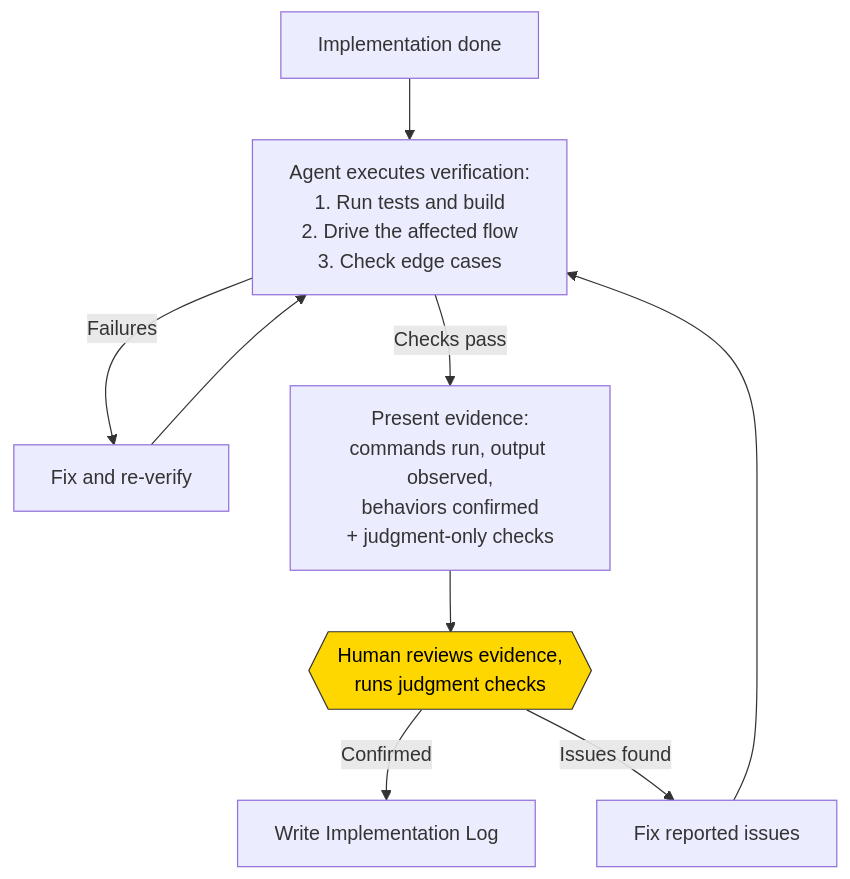
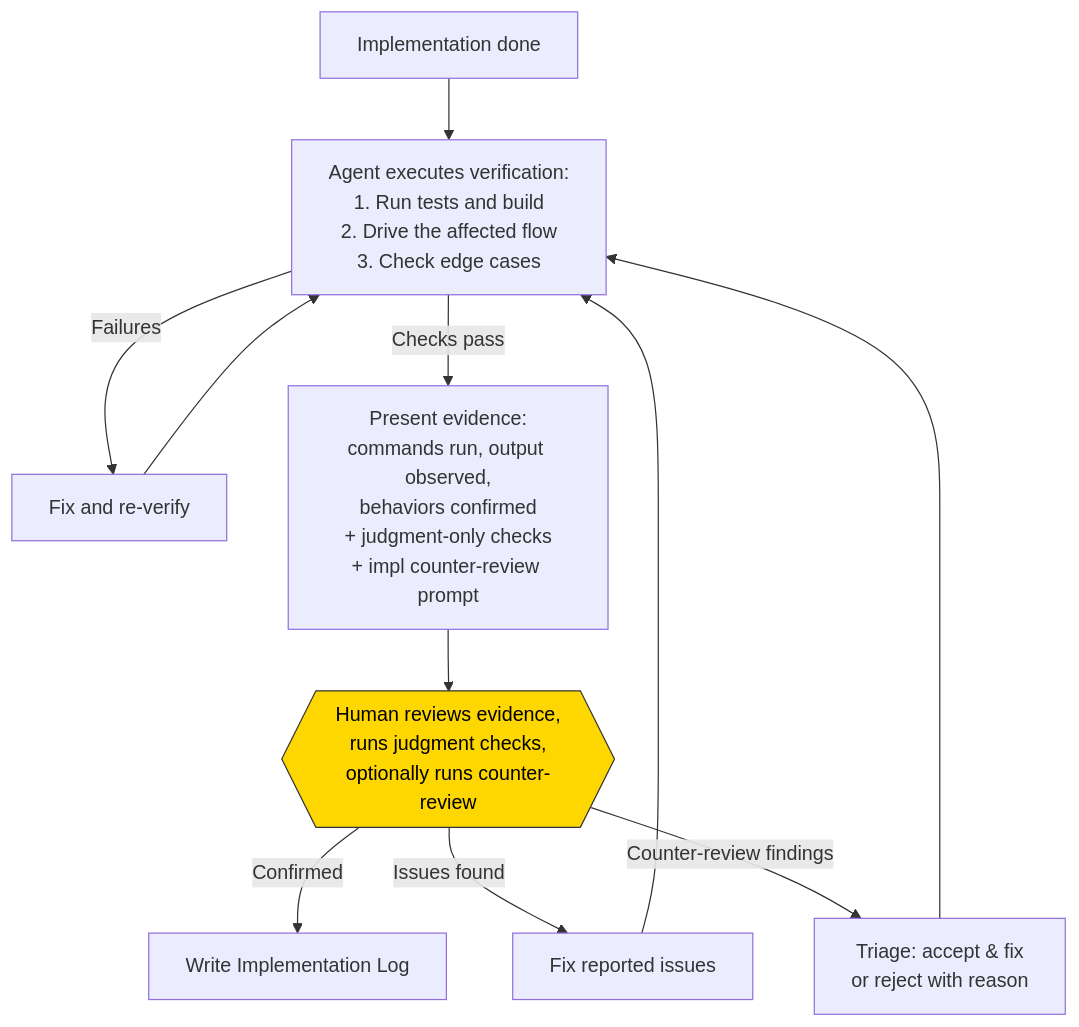
One commit to Aroton/ArchflowV2 changed diagram 12 of 13 in docs/archflow-process.md. Above: the diagram before and after it, drawn with Mermaid. The commit also changed other lines of this file and 9 other files, not shown here.

First line of the commit message:
Split phase into design/impl skills, add review loops and counter-review prompts

````diff
--- a/docs/archflow-process.md
+++ b/docs/archflow-process.md
@@ -469,12 +535,14 @@
 ```mermaid
 flowchart TD
     Impl[Implementation done] --> AgentRun["Agent executes verification:<br/>1. Run tests and build<br/>2. Drive the affected flow<br/>3. Check edge cases"]
     AgentRun -->|"Failures"| SelfFix[Fix and re-verify] --> AgentRun
-    AgentRun -->|"Checks pass"| Present["Present evidence:<br/>commands run, output observed,<br/>behaviors confirmed<br/>+ judgment-only checks"]
-    Present --> Human{{Human reviews evidence,<br/>runs judgment checks}}
+    AgentRun -->|"Checks pass"| Present["Present evidence:<br/>commands run, output observed,<br/>behaviors confirmed<br/>+ judgment-only checks<br/>+ impl counter-review prompt"]
+    Present --> Human{{Human reviews evidence,<br/>runs judgment checks,<br/>optionally runs counter-review}}
     Human -->|"Confirmed"| Log[Write Implementation Log]
     Human -->|"Issues found"| Fix[Fix reported issues]
+    Human -->|"Counter-review findings"| Triage[Triage: accept & fix<br/>or reject with reason]
+    Triage --> AgentRun
     Fix --> AgentRun
 
     style Human fill:#ffd700,stroke:#333,color:#000
 ```
````
